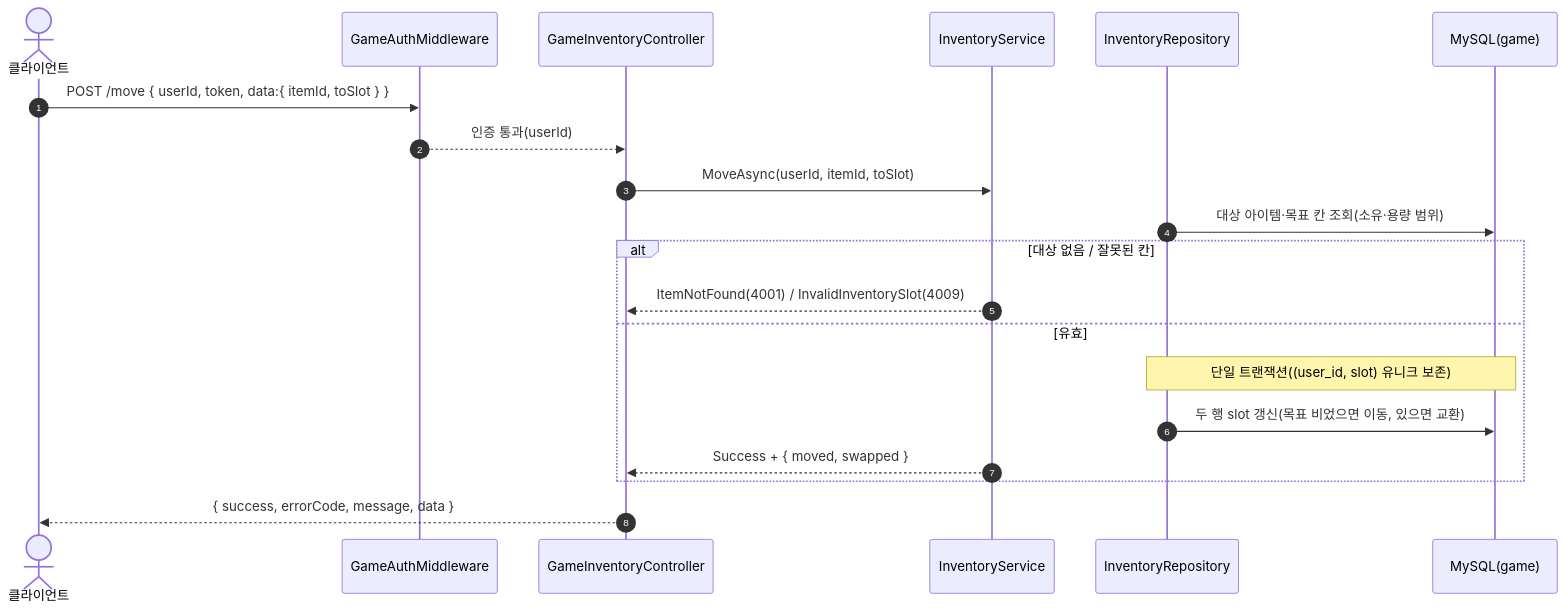
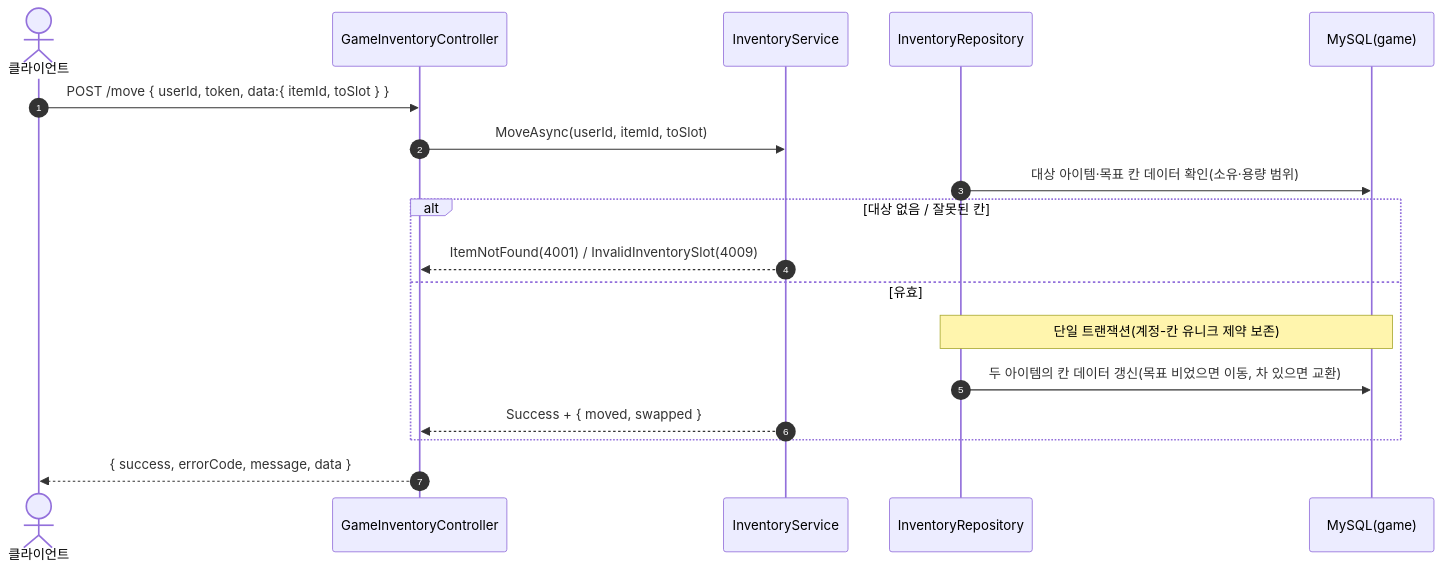
One commit to ks-wook/com2us-taskbar-hero changed the third of 4 diagrams in SequenceDiagram/GameInventoryController.md. Above: the diagram before and after it, drawn with Mermaid. The commit also changed other lines of this file and 7 other files, not shown here.

Commit message:
시퀀스 다이어그램 수정

````diff
--- a/SequenceDiagram/GameInventoryController.md
+++ b/SequenceDiagram/GameInventoryController.md
@@ -63,23 +59,21 @@
 ```mermaid
 sequenceDiagram
     autonumber
     actor C as 클라이언트
-    participant MW as GameAuthMiddleware
     participant Ctrl as GameInventoryController
     participant Svc as InventoryService
     participant Repo as InventoryRepository
     participant DB as MySQL(game)
 
-    C->>MW: POST /move { userId, token, data:{ itemId, toSlot } }
-    MW-->>Ctrl: 인증 통과(userId)
+    C->>Ctrl: POST /move { userId, token, data:{ itemId, toSlot } }
     Ctrl->>Svc: MoveAsync(userId, itemId, toSlot)
-    Repo->>DB: 대상 아이템·목표 칸 조회(소유·용량 범위)
+    Repo->>DB: 대상 아이템·목표 칸 데이터 확인(소유·용량 범위)
     alt 대상 없음 / 잘못된 칸
         Svc-->>Ctrl: ItemNotFound(4001) / InvalidInventorySlot(4009)
     else 유효
-        Note over Repo,DB: 단일 트랜잭션((user_id, slot) 유니크 보존)
-        Repo->>DB: 두 행 slot 갱신(목표 비었으면 이동, 있으면 교환)
+        Note over Repo,DB: 단일 트랜잭션(계정-칸 유니크 제약 보존)
+        Repo->>DB: 두 아이템의 칸 데이터 갱신(목표 비었으면 이동, 차 있으면 교환)
         Svc-->>Ctrl: Success + { moved, swapped }
     end
     Ctrl-->>C: { success, errorCode, message, data }
 ```
````
